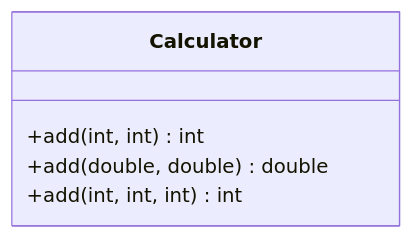
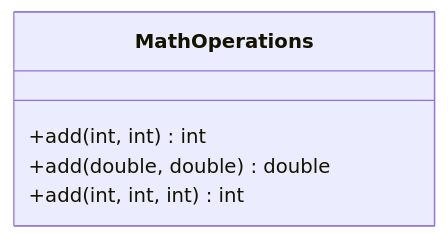
One commit to DanielCreggOrganization/w10-lab-polymorphism-danielcregg changed the third of 4 diagrams in README.md. Above: the diagram before and after it, drawn with Mermaid. The commit also changed other lines of this file, not shown here.

````diff
--- a/README.md
+++ b/README.md
@@ -97,8 +150,8 @@
 ```mermaid
 classDiagram
-    class Calculator{
+    class MathOperations{
         +add(int, int) int
         +add(double, double) double
         +add(int, int, int) int
     }
 ```
````
